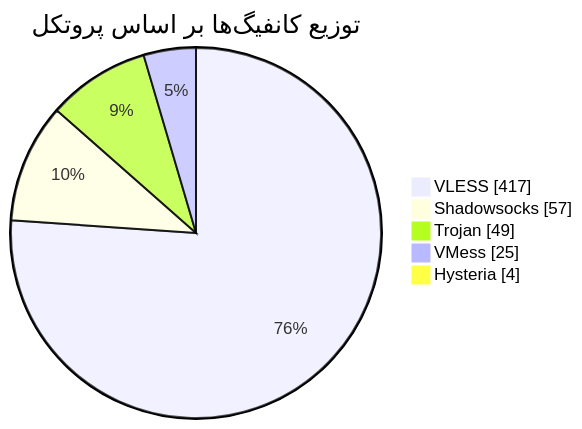
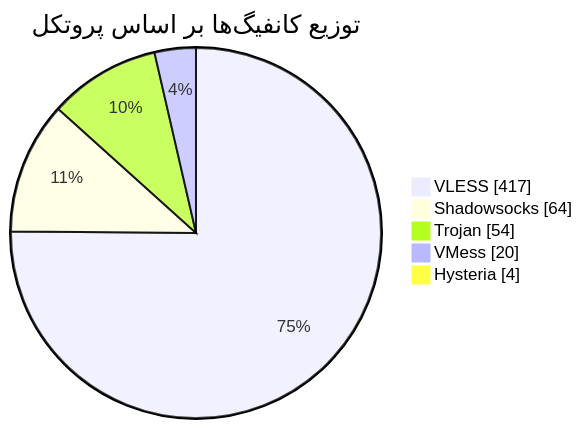
The diagram in README.md (Arian-Alijani/Somthing), drawn with Mermaid before and after one commit. The commit also changed other lines of this file and 79 other files, not shown here.

````diff
--- a/README.md
+++ b/README.md
@@ -47,9 +47,9 @@
 ```mermaid
 pie showData
     title توزیع کانفیگ‌ها بر اساس پروتکل
     "VLESS" : 417
-    "Shadowsocks" : 57
-    "Trojan" : 49
-    "VMess" : 25
+    "Shadowsocks" : 64
+    "Trojan" : 54
+    "VMess" : 20
     "Hysteria" : 4
 ```
````
